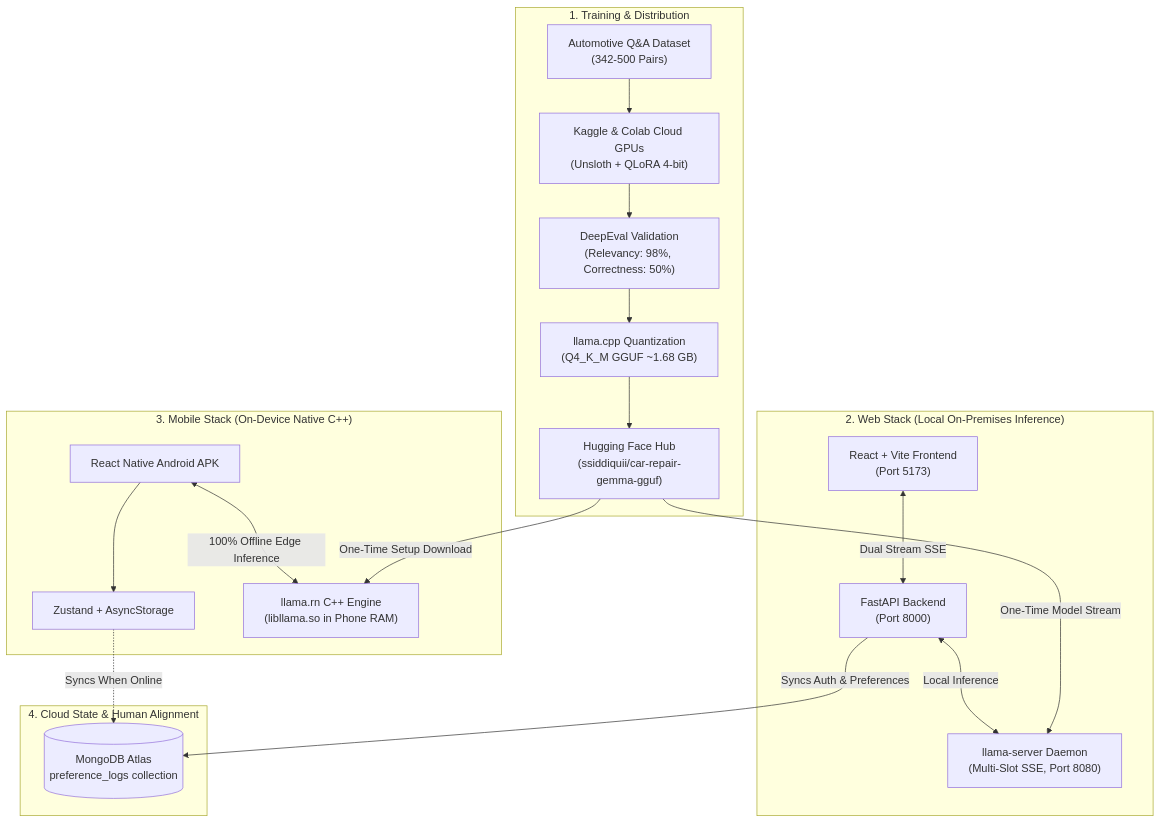
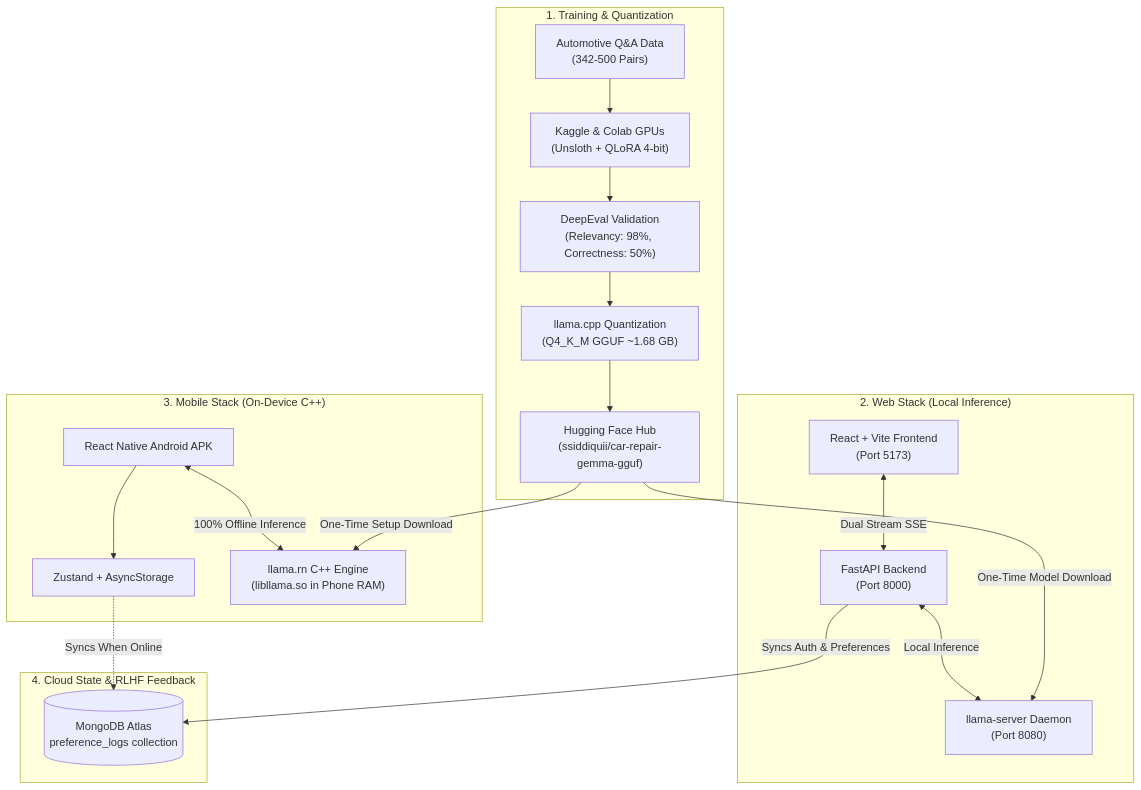
One commit to ssiddiquiii/car-specialist-gpt changed the diagram in README.md. Above: the diagram before and after it, drawn with Mermaid. The commit also changed other lines of this file, not shown here.

````diff
--- a/README.md
+++ b/README.md
@@ -85,36 +74,36 @@
 ```mermaid
 flowchart TD
-    subgraph Model_Pipeline["1. Training & Distribution"]
-        RAW["Automotive Q&A Dataset<br/>(342-500 Pairs)"] --> KAGGLE["Kaggle & Colab Cloud GPUs<br/>(Unsloth + QLoRA 4-bit)"]
+    subgraph Model_Pipeline["1. Training & Quantization"]
+        RAW["Automotive Q&A Data<br/>(342-500 Pairs)"] --> KAGGLE["Kaggle & Colab GPUs<br/>(Unsloth + QLoRA 4-bit)"]
         KAGGLE --> EVAL["DeepEval Validation<br/>(Relevancy: 98%, Correctness: 50%)"]
         EVAL --> GGUF["llama.cpp Quantization<br/>(Q4_K_M GGUF ~1.68 GB)"]
         GGUF --> HF["Hugging Face Hub<br/>(ssiddiquii/car-repair-gemma-gguf)"]
     end
 
-    subgraph Web_Stack["2. Web Stack (Local On-Premises Inference)"]
+    subgraph Web_Stack["2. Web Stack (Local Inference)"]
         VITE["React + Vite Frontend<br/>(Port 5173)"]
         FASTAPI["FastAPI Backend<br/>(Port 8000)"]
-        LLAMA_SRV["llama-server Daemon<br/>(Multi-Slot SSE, Port 8080)"]
+        LLAMA_SRV["llama-server Daemon<br/>(Port 8080)"]
 
         VITE <-->|Dual Stream SSE| FASTAPI
         FASTAPI <-->|Local Inference| LLAMA_SRV
     end
 
-    subgraph Mobile_Stack["3. Mobile Stack (On-Device Native C++)"]
+    subgraph Mobile_Stack["3. Mobile Stack (On-Device C++)"]
         EXPO["React Native Android APK"]
         STORE["Zustand + AsyncStorage"]
         LLAMA_RN["llama.rn C++ Engine<br/>(libllama.so in Phone RAM)"]
 
         EXPO --> STORE
-        EXPO <-->|100% Offline Edge Inference| LLAMA_RN
+        EXPO <-->|100% Offline Inference| LLAMA_RN
     end
 
-    subgraph Storage_Cloud["4. Cloud State & Human Alignment"]
+    subgraph Storage_Cloud["4. Cloud State & RLHF Feedback"]
         MONGO[("MongoDB Atlas<br/>preference_logs collection")]
     end
 
     FASTAPI -->|Syncs Auth & Preferences| MONGO
     STORE -.->|Syncs When Online| MONGO
-    HF -->|One-Time Model Stream| LLAMA_SRV
+    HF -->|One-Time Model Download| LLAMA_SRV
     HF -->|One-Time Setup Download| LLAMA_RN
 ```
````
